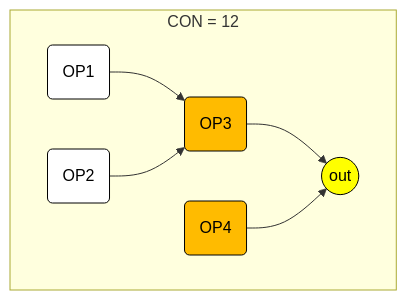
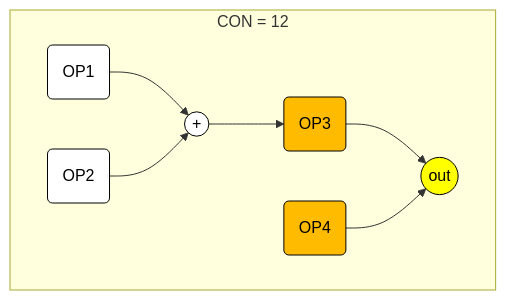
One commit to lineardrive/V3MMLmanual changed diagram 13 of 14 in docs/ch06/6_56.md. Above: the diagram before and after it, drawn with Mermaid. The commit also changed other lines of this file and 1 other file, not shown here.

Commit message:
CON図更新

````diff
--- a/docs/ch06/6_56.md
+++ b/docs/ch06/6_56.md
@@ -207,14 +211,15 @@
 ```mermaid
 flowchart LR
   subgraph CON["CON = 12"]
     direction LR
-    OP1("OP1") --> OP3("OP3") --> OUT(("out"))
-    OP2("OP2") --> OP3("OP3")
+    OP1("OP1") --> S(("+")) --> OP3("OP3") --> OUT(("out"))
+    OP2("OP2") --> S(("+"))
     OP4("OP4") --> OUT(("out"))
   end
 style OP1 fill:#fff, stroke:#000, color:#000
 style OP2 fill:#fff, stroke:#000, color:#000
 style OP3 fill:#fb0, stroke:#000, color:#000
 style OP4 fill:#fb0, stroke:#000, color:#000
+style S   fill:#fff, stroke:#000, color:#000
 style OUT fill:#ff0, stroke:#000, color:#000
 ```
````
